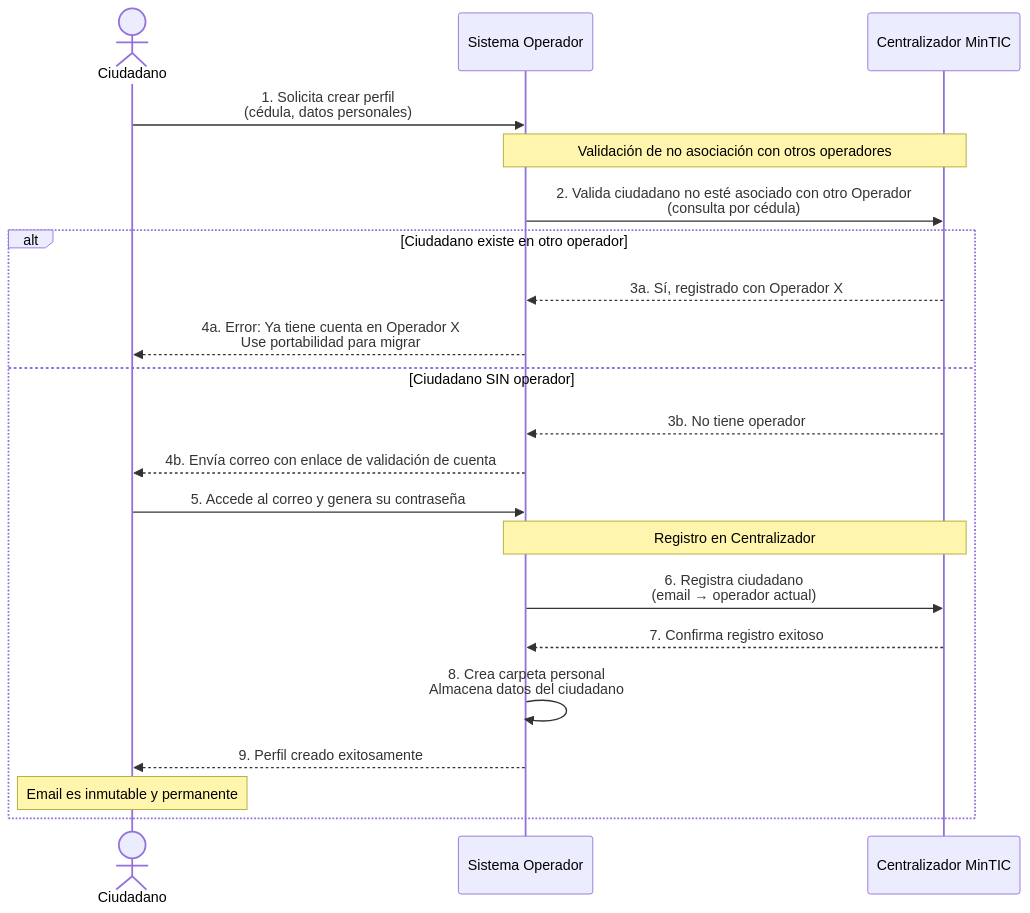
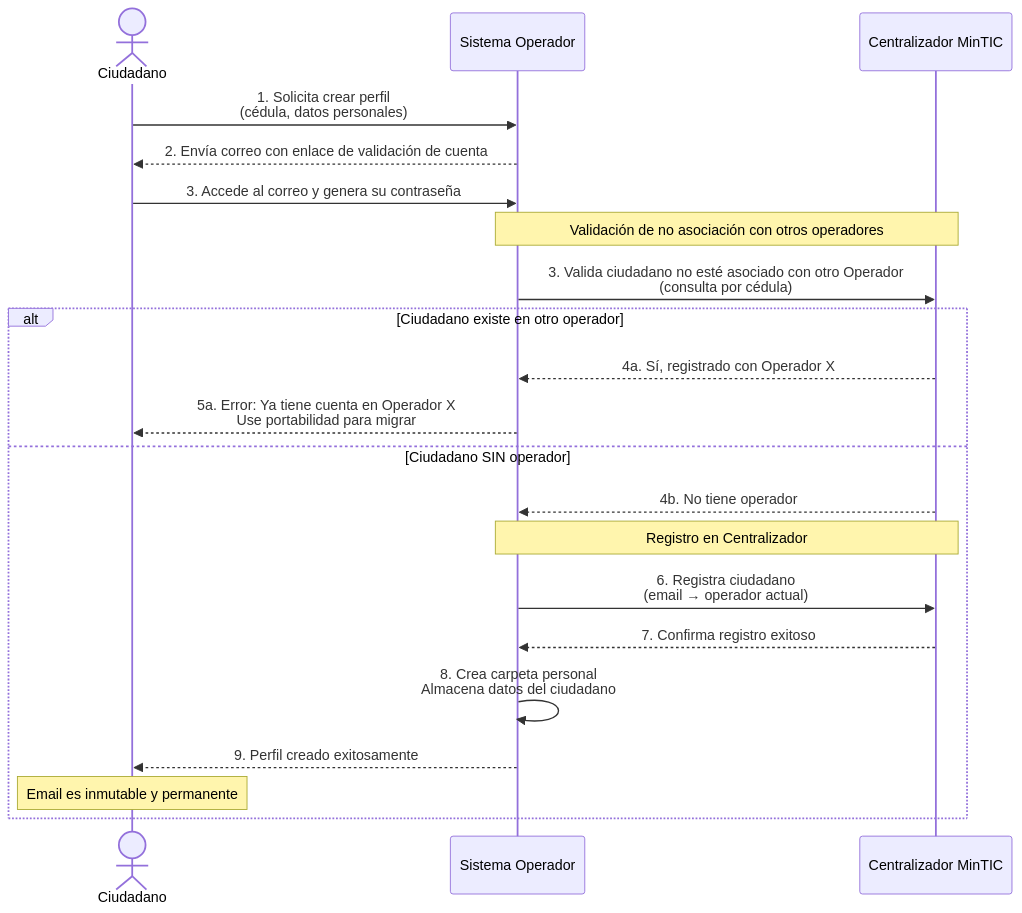
One commit to edwaraco/carpetaCiudadana changed the third of 10 diagrams in docs/c4_diagrams.md. Above: the diagram before and after it, drawn with Mermaid. The commit also changed other lines of this file, not shown here.

Commit message:
Actualizar diagramas de secuencia para creación de perfil y autenticación

````diff
--- a/docs/c4_diagrams.md
+++ b/docs/c4_diagrams.md
@@ -365,30 +365,30 @@
 ```mermaid
 sequenceDiagram
     actor C as Ciudadano
     participant OP as Sistema Operador
     participant CENT as Centralizador MinTIC
 
     C->>OP: 1. Solicita crear perfil<br/>(cédula, datos personales)
 
+    OP-->>C: 2. Envía correo con enlace de validación de cuenta
+        C->>OP: 3. Accede al correo y genera su contraseña
+
     Note over OP,CENT: Validación de no asociación con otros operadores
-    OP->>CENT: 2. Valida ciudadano no esté asociado con otro Operador<br/>(consulta por cédula)
+    OP->>CENT: 3. Valida ciudadano no esté asociado con otro Operador<br/>(consulta por cédula)
 
     alt Ciudadano existe en otro operador
-        CENT-->>OP: 3a. Sí, registrado con Operador X
-        OP-->>C: 4a. Error: Ya tiene cuenta en Operador X<br/>Use portabilidad para migrar
+        CENT-->>OP: 4a. Sí, registrado con Operador X
+        OP-->>C: 5a. Error: Ya tiene cuenta en Operador X<br/>Use portabilidad para migrar
     else Ciudadano SIN operador
-        CENT-->>OP: 3b. No tiene operador
-
-        OP-->>C: 4b. Envía correo con enlace de validación de cuenta
-        C->>OP: 5. Accede al correo y genera su contraseña
+        CENT-->>OP: 4b. No tiene operador
 
         Note over OP,CENT: Registro en Centralizador
         OP->>CENT: 6. Registra ciudadano<br/>(email → operador actual)
         CENT-->>OP: 7. Confirma registro exitoso
 
         OP->>OP: 8. Crea carpeta personal<br/>Almacena datos del ciudadano
         OP-->>C: 9. Perfil creado exitosamente
 
         Note over C: Email es inmutable y permanente
     end
 ```
````
